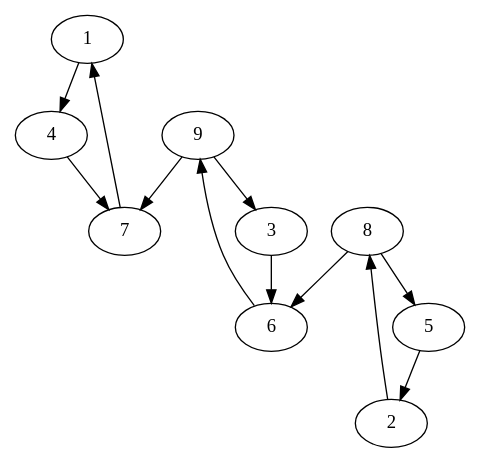
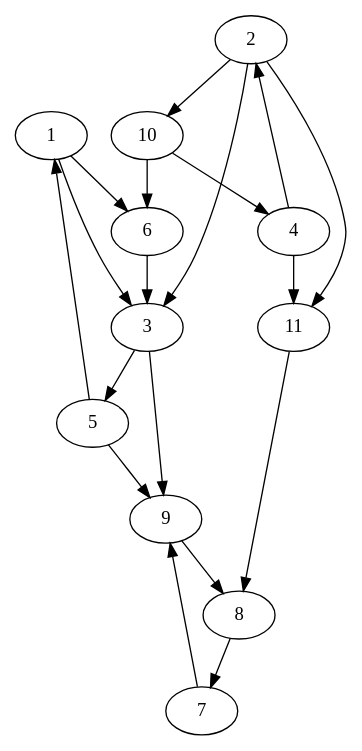
Before and after one commit to webserg/cpp: the diagram in algorithmsInPractice/SCC/printG.gv, drawn with Graphviz. The commit also changed 15 other files, not shown here.

```diff
--- a/algorithmsInPractice/SCC/printG.gv
+++ b/algorithmsInPractice/SCC/printG.gv
@@ -1,23 +1,32 @@
 digraph G { 
 
-1 -> 4
+1 -> 3
+1 -> 6
 
-2 -> 8
+2 -> 3
+2 -> 10
+2 -> 11
 
-3 -> 6
+3 -> 5
+3 -> 9
 
-4 -> 7
+4 -> 2
+4 -> 11
 
-5 -> 2
+5 -> 1
+5 -> 9
 
-6 -> 9
+6 -> 3
 
-7 -> 1
+7 -> 9
 
-8 -> 5
-8 -> 6
+8 -> 7
 
-9 -> 3
-9 -> 7
+9 -> 8
+
+10 -> 4
+10 -> 6
+
+11 -> 8
 
 }
```
